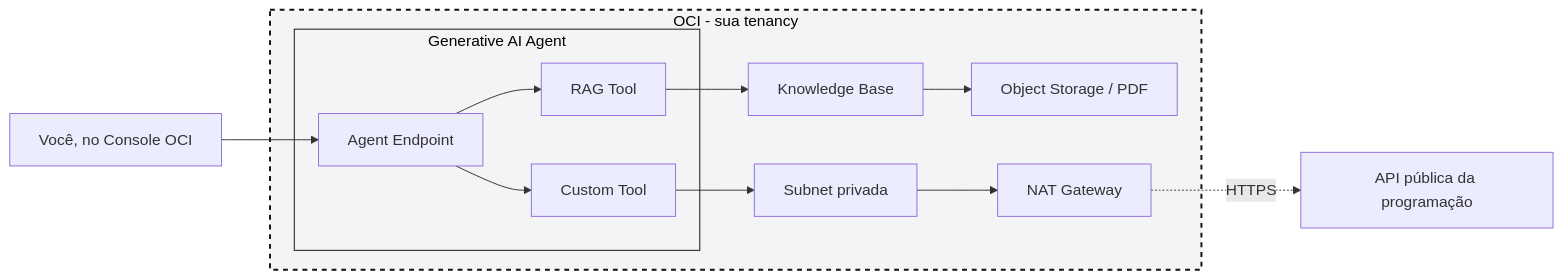
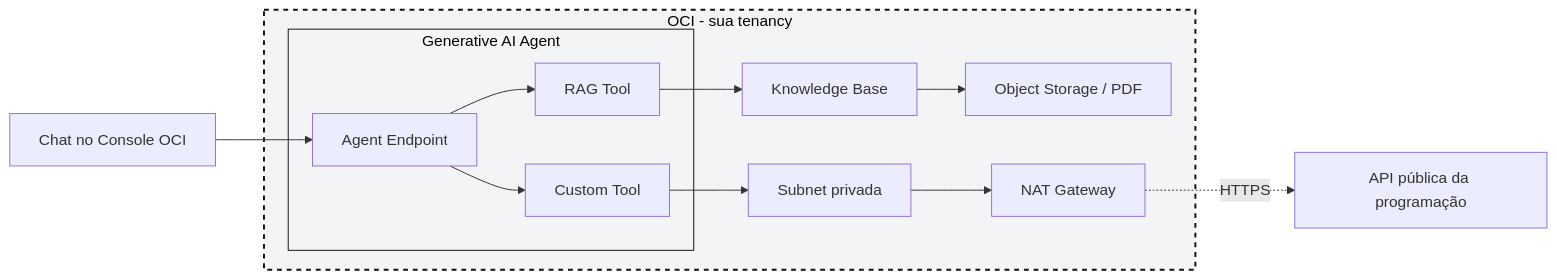
One commit to LiviaFernandes/tdc-oci-ai-agents-terraform-lab changed the diagram in README.md. Above: the diagram before and after it, drawn with Mermaid. The commit also changed other lines of this file and 7 other files, not shown here.

````diff
--- a/README.md
+++ b/README.md
@@ -27,30 +35,30 @@
 ```mermaid
 flowchart LR
-    User["Você, no Console OCI"]
+    Chat["Chat no Console OCI"]
 
     subgraph OCI["OCI - sua tenancy"]
         subgraph Agent["Generative AI Agent"]
             Endpoint["Agent Endpoint"]
             RAGTool["RAG Tool"]
             CustomTool["Custom Tool"]
         end
         KB["Knowledge Base"]
         Bucket["Object Storage / PDF"]
         Subnet["Subnet privada"]
         NAT["NAT Gateway"]
     end
 
     API["API pública da programação"]
 
-    User --> Endpoint
+    Chat --> Endpoint
     Endpoint --> RAGTool
     Endpoint --> CustomTool
     RAGTool --> KB
     KB --> Bucket
     CustomTool --> Subnet
     Subnet --> NAT
     NAT -.HTTPS.-> API
 
     style OCI fill:#f3f4f6,stroke:#111111,stroke-width:2px,stroke-dasharray: 5 5,color:#000000
     style Agent fill:#f3f4f6,stroke:#111111,stroke-width:1px,color:#000000
 ```
````
